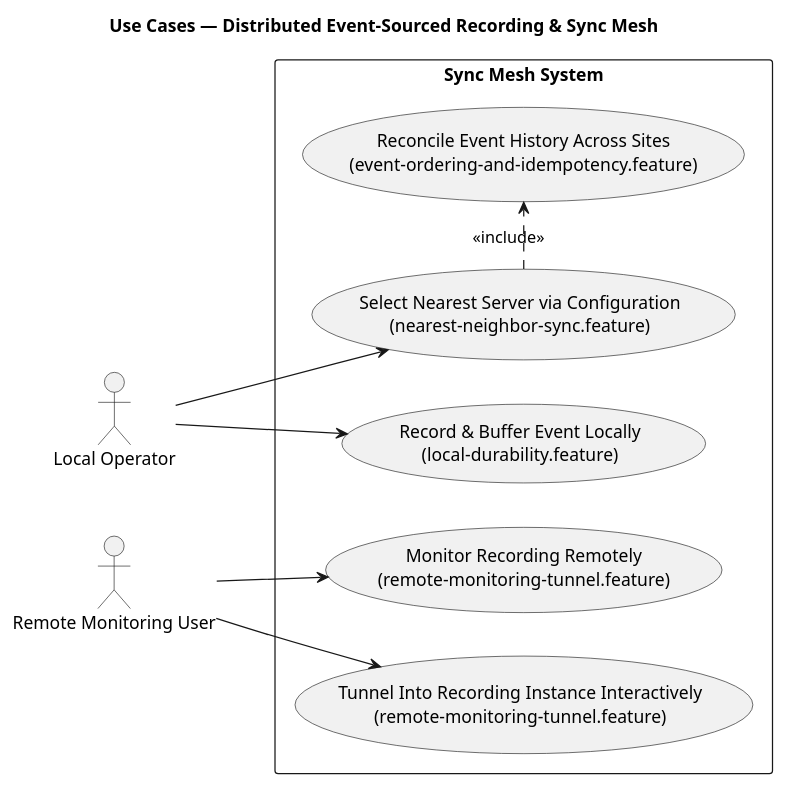
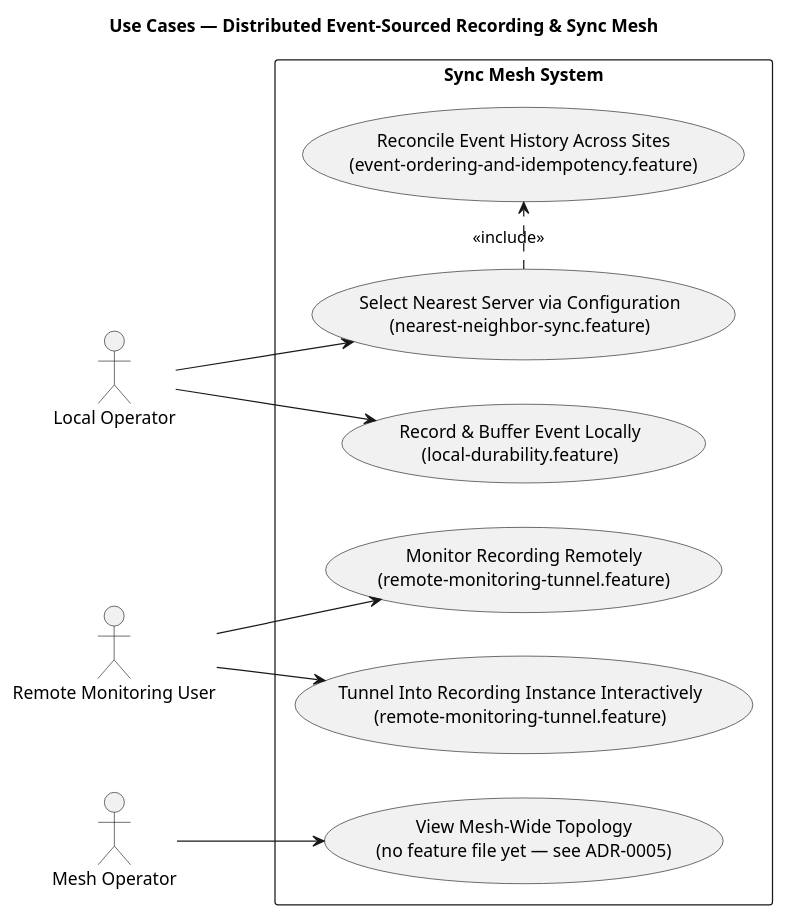
One commit to Mwwhited-BookLearning/sync-mesh changed the diagram in docs/09-use-cases.md. Above: the diagram before and after it, drawn with PlantUML. The commit also changed other lines of this file and 7 other files, not shown here.

````diff
--- a/docs/09-use-cases.md
+++ b/docs/09-use-cases.md
@@ -10,25 +10,28 @@
 ```plantuml
 @startuml use-cases
 title Use Cases — Distributed Event-Sourced Recording & Sync Mesh
 
 left to right direction
 
 actor "Local Operator" as operator
 actor "Remote Monitoring User" as remoteUser
+actor "Mesh Operator" as meshOperator
 
 rectangle "Sync Mesh System" {
   usecase "Record & Buffer Event Locally\n(local-durability.feature)" as UC1
   usecase "Select Nearest Server via Configuration\n(nearest-neighbor-sync.feature)" as UC2
   usecase "Reconcile Event History Across Sites\n(event-ordering-and-idempotency.feature)" as UC3
   usecase "Monitor Recording Remotely\n(remote-monitoring-tunnel.feature)" as UC4
   usecase "Tunnel Into Recording Instance Interactively\n(remote-monitoring-tunnel.feature)" as UC5
+  usecase "View Mesh-Wide Topology\n(no feature file yet — see ADR-0005)" as UC6
 }
 
 operator --> UC1
 operator --> UC2
 UC2 .> UC3 : <<include>>
 remoteUser --> UC4
 remoteUser --> UC5
+meshOperator --> UC6
 
 @enduml
 ```
````
